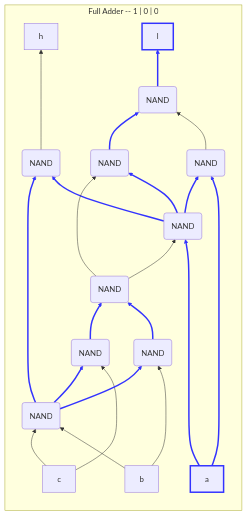
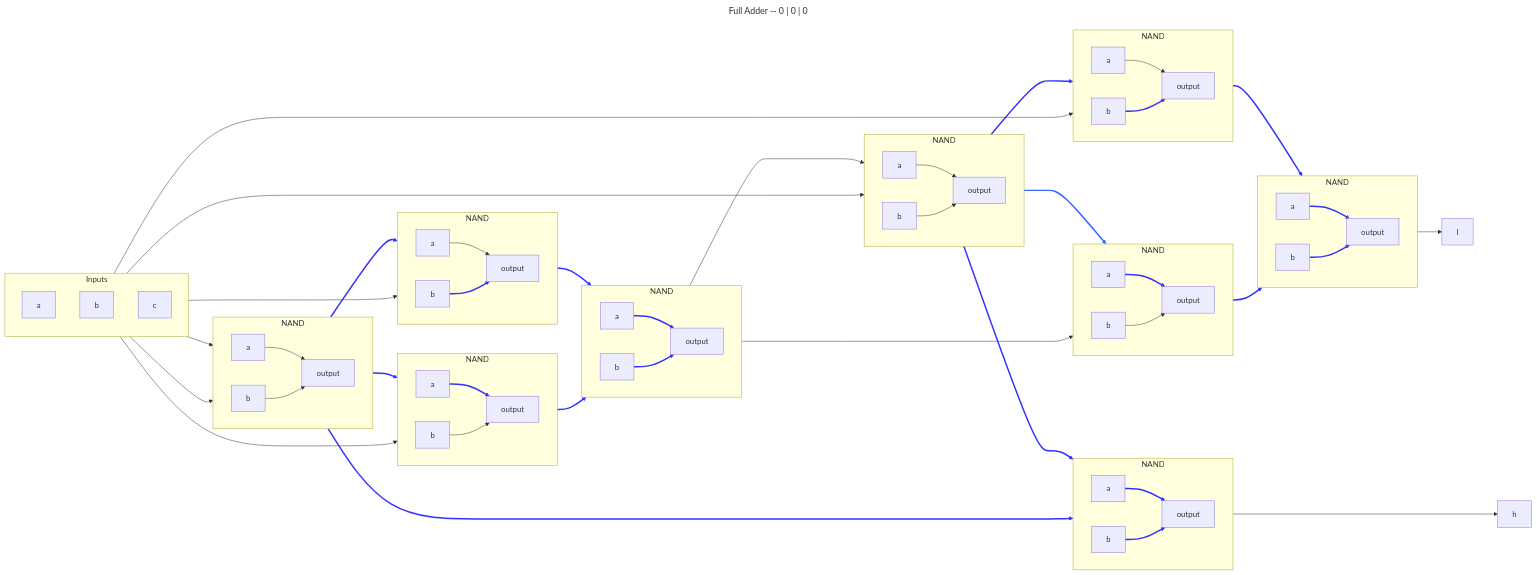
The first of 9 diagrams in arithmetic/full-adder.md (DaveyJH/nandgame), drawn with Mermaid before and after one commit. The commit also changed other lines of this file, not shown here.

Commit message:
feat: Update Full Adder to new style

````diff
--- a/arithmetic/full-adder.md
+++ b/arithmetic/full-adder.md
@@ -21,32 +25,91 @@
 ```mermaid
-flowchart BT
-subgraph "Full Adder -- 1 | 0 | 0"
-direction BT
+---
+title: Full Adder -- 0 | 0 | 0
+---
+flowchart LR;
 
-a[a]:::ON----->n1(NAND) & n2(NAND);
-b[b]-->n3(NAND) & n4(NAND);
-c[c]-->n4 & n5(NAND);
-n1-->n2 & n6(NAND) & n8(NAND);
-n2-->n9(NAND);
-n3-->n7(NAND);
-n4-->n3 & n6 & n5;
-n5-->n7;
-n6--->h[h];
-n7-->n8 & n1;
-n8-->n9;
-n9-->l[l]:::ON;
-classDef ON stroke:#33f,stroke-width:3px;
-linkStyle 0 stroke:#33f,stroke-width:3px;
-linkStyle 1 stroke:#33f,stroke-width:3px;
-linkStyle 6 stroke:#33f,stroke-width:3px;
-linkStyle 7 stroke:#33f,stroke-width:3px;
+subgraph n1 [NAND];
+  direction LR;
+  n1ina[a] & n1inb[b] --> n1o[output];
+end;
+
+subgraph n2 [NAND];
+  direction LR;
+  n2ina[a] & n2inb[b] --> n2o[output];
+end;
+
+subgraph n3 [NAND];
+  direction LR;
+  n3ina[a] & n3inb[b] --> n3o[output];
+end;
+
+subgraph n4 [NAND];
+  direction LR;
+  n4ina[a] & n4inb[b] --> n4o[output];
+end;
+
+subgraph n5 [NAND];
+  direction LR;
+  n5ina[a] & n5inb[b] --> n5o[output];
+end;
+
+subgraph n6 [NAND];
+  direction LR;
+  n6ina[a] & n6inb[b] --> n6o[output];
+end;
+
+subgraph n7 [NAND];
+  direction LR;
+  n7ina[a] & n7inb[b] --> n7o[output];
+end;
+
+subgraph n8 [NAND];
+  direction LR;
+  n8ina[a] & n8inb[b] --> n8o[output];
+end;
+
+subgraph n9 [NAND];
+  direction LR;
+  n9ina[a] & n9inb[b] --> n9o[output];
+end;
+
+subgraph inputs [Inputs];
+  direction TB;
+  a[a];
+  b[b];
+  c[c];
+end;
+
+a[a] ---------> n1inb & n2ina;
+b[b] --> n3ina & n4ina;
+c[c] --> n4inb & n5inb;
+n1o ---> n2inb & n6ina & n9ina;
+n2o --> n7ina;
+n3o --> n8ina;
+n4o --> n3inb & n5ina & n6inb;
+n5o --> n8inb;
+n6o ----> h[h];
+n7o --> l[l];
+n8o --> n1ina & n9inb;
+n9o --> n7inb;
+linkStyle 3 stroke:#33f,stroke-width:3px;
+linkStyle 5 stroke:#33f,stroke-width:3px;
 linkStyle 8 stroke:#33f,stroke-width:3px;
+linkStyle 10 stroke:#33f,stroke-width:3px;
 linkStyle 11 stroke:#33f,stroke-width:3px;
 linkStyle 12 stroke:#33f,stroke-width:3px;
 linkStyle 13 stroke:#33f,stroke-width:3px;
 linkStyle 14 stroke:#33f,stroke-width:3px;
-linkStyle 10 stroke:#33f,stroke-width:3px;
-linkStyle 18 stroke:#33f,stroke-width:3px;
-linkStyle 19 stroke:#33f,stroke-width:3px;
-end
+linkStyle 15 stroke:#33f,stroke-width:3px;
+linkStyle 16 stroke:#33f,stroke-width:3px;
+linkStyle 24 stroke:#33f,stroke-width:3px;
+linkStyle 25 stroke:#33f,stroke-width:3px;
+linkStyle 26 stroke:#36f,stroke-width:3px;
+linkStyle 27 stroke:#33f,stroke-width:3px;
+linkStyle 28 stroke:#33f,stroke-width:3px;
+linkStyle 29 stroke:#33f,stroke-width:3px;
+linkStyle 30 stroke:#33f,stroke-width:3px;
+linkStyle 31 stroke:#33f,stroke-width:3px;
+linkStyle 32 stroke:#33f,stroke-width:3px;
+linkStyle 37 stroke:#33f,stroke-width:3px;
 ```
````
